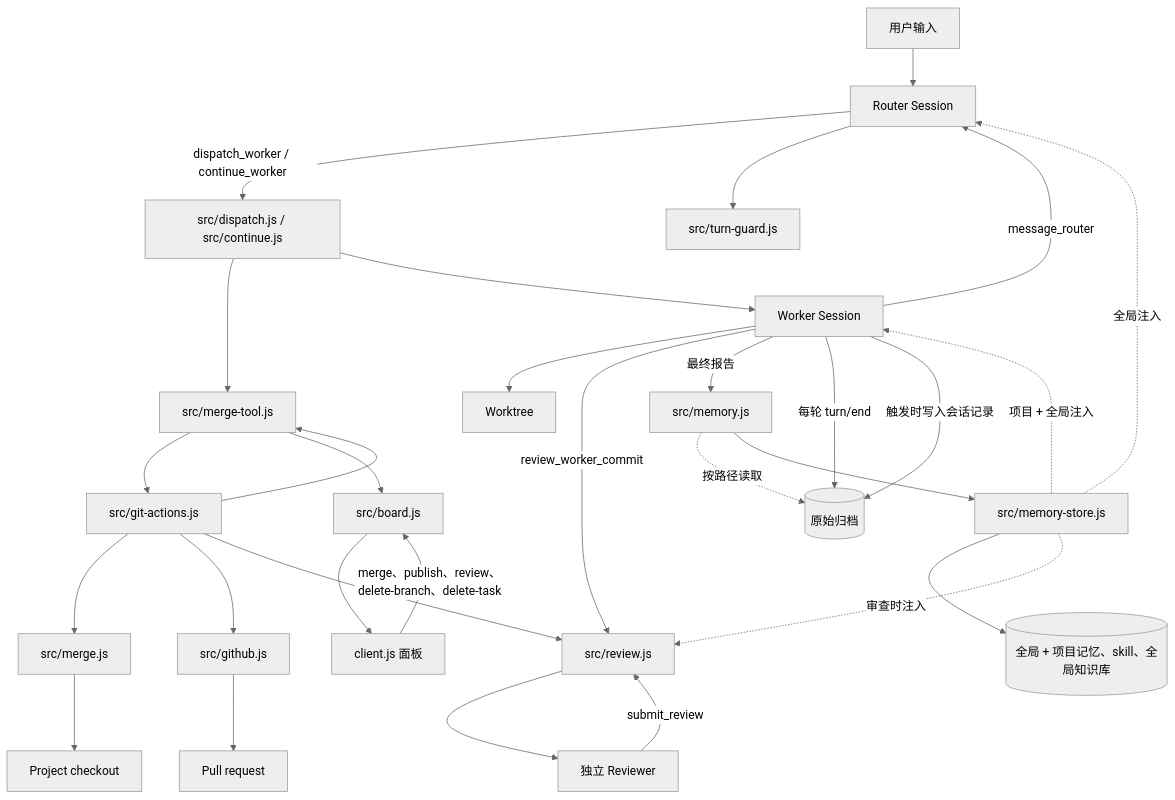
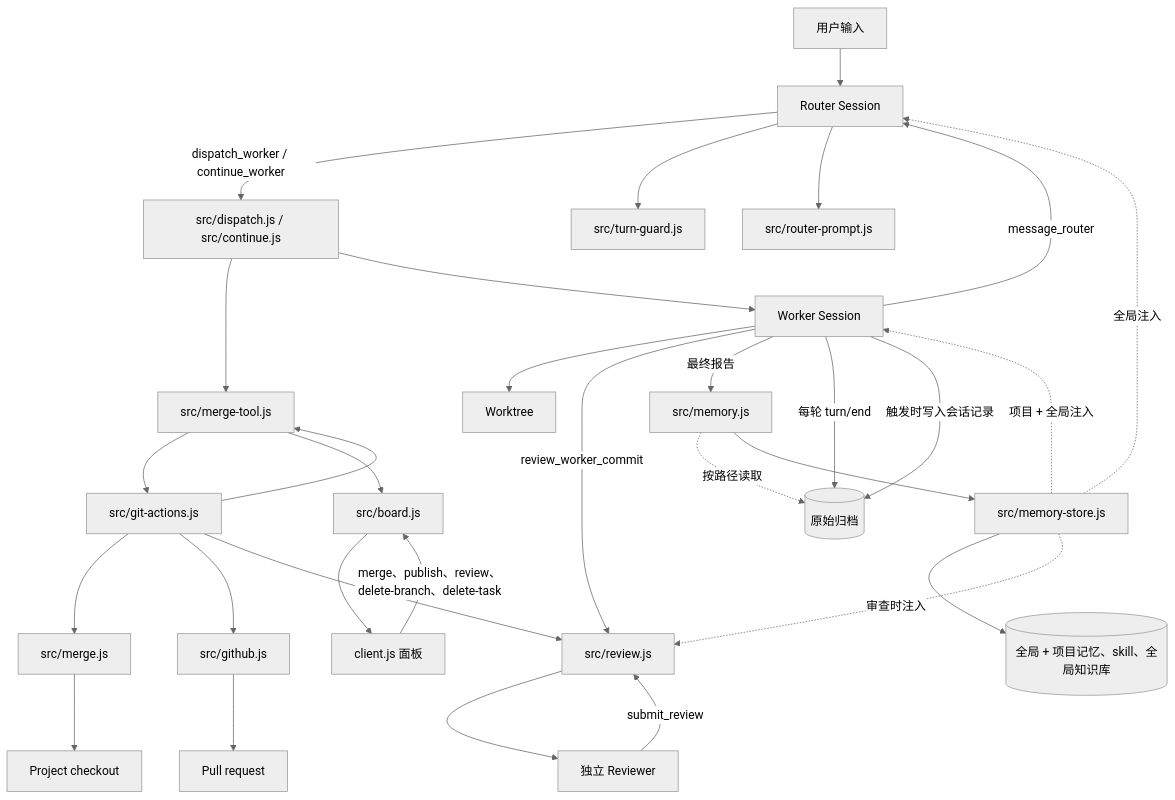
One commit to LMQ00/superagent-lite changed the diagram in docs/007-architecture.md. Above: the diagram before and after it, drawn with Mermaid (neutral theme). The commit also changed other lines of this file and 8 other files, not shown here.

````diff
--- a/docs/007-architecture.md
+++ b/docs/007-architecture.md
@@ -9,32 +9,33 @@
 ```mermaid
 flowchart TB
   U[用户输入] --> R[Router Session]
   R -->|dispatch_worker / continue_worker| D[src/dispatch.js / src/continue.js]
   D --> T[(Task 记录)]
   D --> W[Worker Session]
   W --> WT[Worktree]
   W -->|review_worker_commit| RV[src/review.js]
   RV --> HR[独立 Reviewer]
   HR -->|submit_review| RV
   W -->|message_router| R
   T --> G[src/git-actions.js]
   G --> M[src/merge.js]
   G --> T[src/merge-tool.js]
   G --> GH[src/github.js]
   G --> RV
   M --> P[Project checkout]
   GH --> PR[Pull request]
   T --> B[src/board.js]
   B --> C[client.js 面板]
   C -->|merge、publish、review、delete-branch、delete-task| B
   R --> TG[src/turn-guard.js]
+  R --> RP[src/router-prompt.js]
   W -->|最终报告| ME[src/memory.js]
   W -->|每轮 turn/end| AR[(原始归档)]
   W -->|触发时写入会话记录| AR
   ME -.->|按路径读取| AR
   ME --> MS[src/memory-store.js]
   MS --> MF[(全局 + 项目记忆、skill、全局知识库)]
   MS -.->|项目 + 全局注入| W
   MS -.->|全局注入| R
   MS -.->|审查时注入| RV
 ```
````
